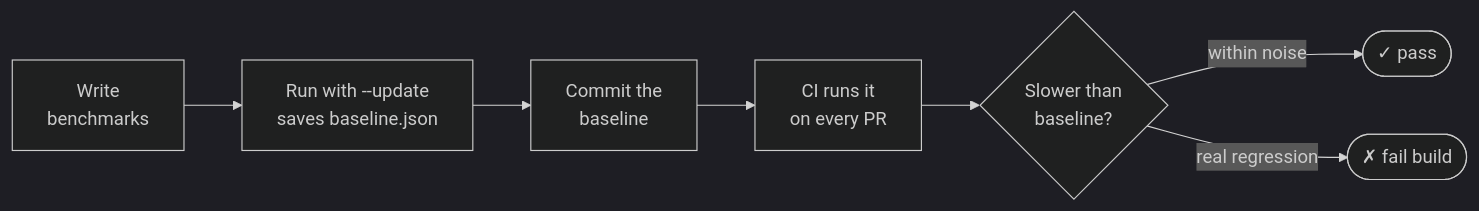
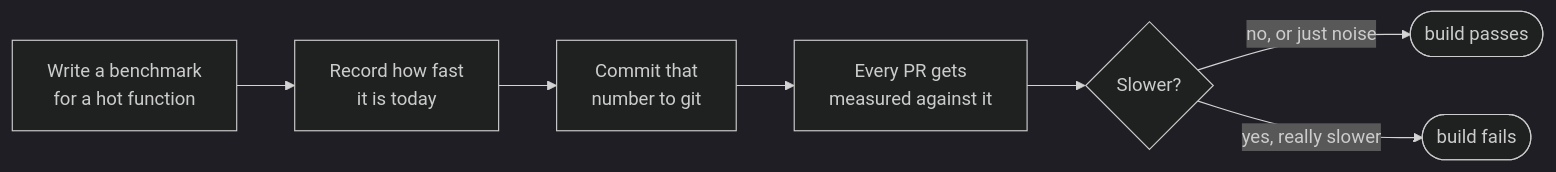
One commit to shahzainshafique/benchguard changed the first of 2 diagrams in README.md. Above: the diagram before and after it, drawn with Mermaid (dark theme). The commit also changed other lines of this file and 3 other files, not shown here.

````diff
--- a/README.md
+++ b/README.md
@@ -43,9 +54,9 @@
 ```mermaid
 flowchart LR
-    A[Write<br/>benchmarks] --> B[Run with --update<br/>saves baseline.json]
-    B --> C[Commit the<br/>baseline]
-    C --> D[CI runs it<br/>on every PR]
-    D --> E{Slower than<br/>baseline?}
-    E -->|within noise| F([✓ pass])
-    E -->|real regression| G([✗ fail build])
+    A[Write a benchmark<br/>for a hot function] --> B[Record how fast<br/>it is today]
+    B --> C[Commit that<br/>number to git]
+    C --> D[Every PR gets<br/>measured against it]
+    D --> E{Slower?}
+    E -->|"no, or just noise"| F([build passes])
+    E -->|"yes, really slower"| G([build fails])
 ```
````
